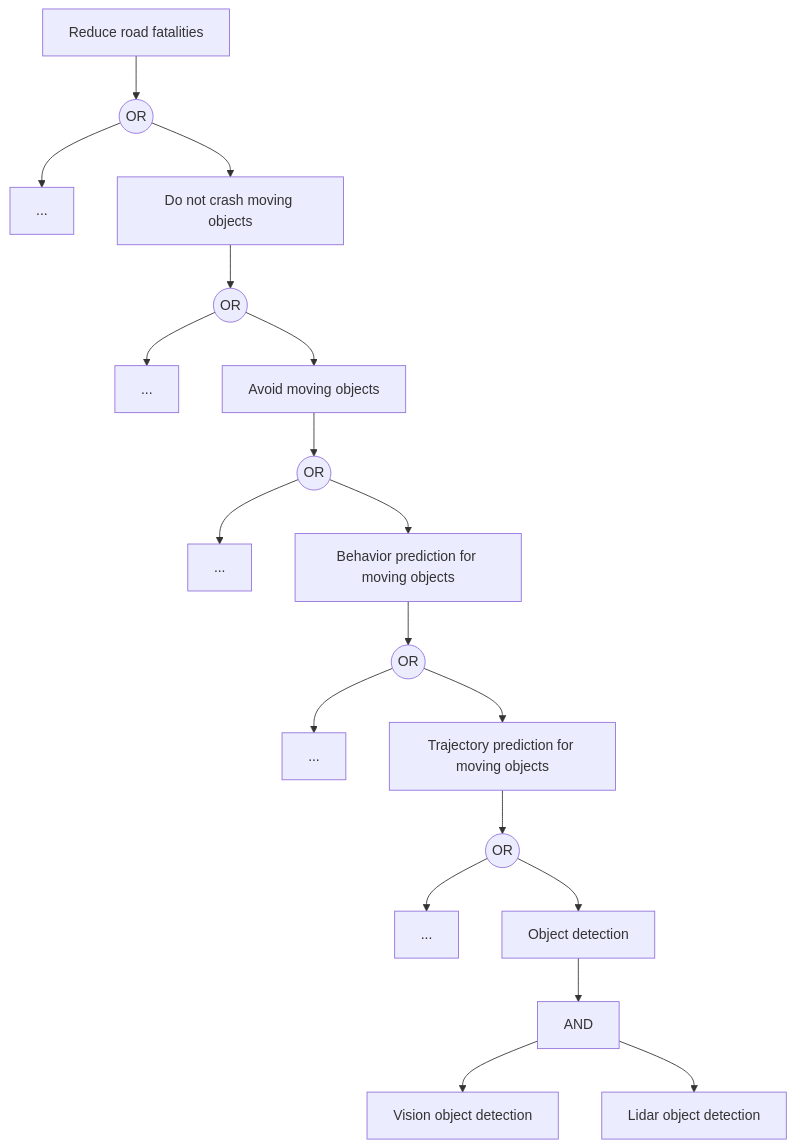
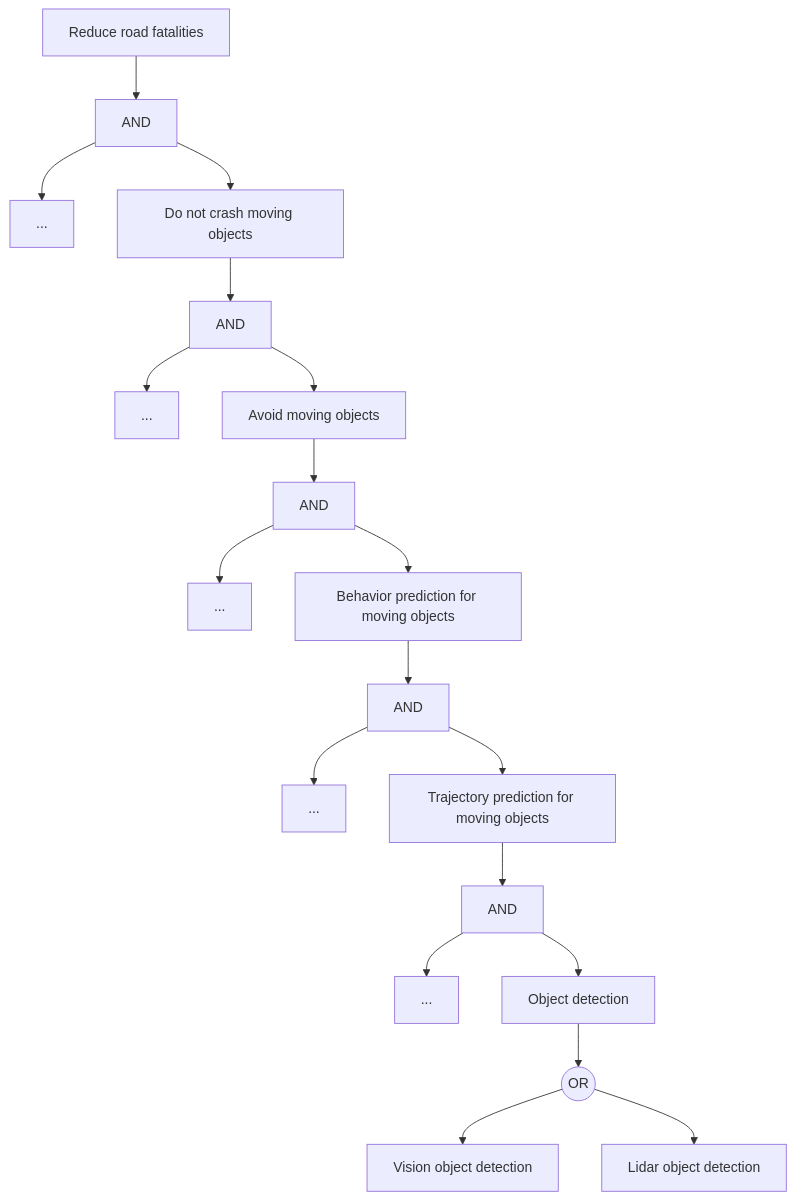
The diagram in ml_system_design_doc.md (shandrayu/ml-ops-ucu), drawn with Mermaid before and after one commit. The commit also changed other lines of this file and 3 other files, not shown here.

````diff
--- a/ml_system_design_doc.md
+++ b/ml_system_design_doc.md
@@ -136,16 +133,16 @@
 ```mermaid
 graph TD
     A[Reduce road fatalities]
-    A --> B((OR)) --> B1[...]
+    A --> B[AND] --> B1[...]
     B --> C[Do not crash moving objects]
-    C --> D((OR)) --> D1[...]
+    C --> D[AND] --> D1[...]
     D --> E[Avoid moving objects]
-    E --> F((OR)) --> F1[...]
+    E --> F[AND] --> F1[...]
     F --> G[Behavior prediction for moving objects]
-    G --> H((OR)) --> H1[...]
+    G --> H[AND] --> H1[...]
     H --> I[Trajectory prediction for moving objects]
-    I --> J((OR)) --> J1[...]
+    I --> J[AND] --> J1[...]
     J --> K[Object detection]
-    K --> L[AND] --> L1[Vision object detection]
+    K --> L((OR)) --> L1[Vision object detection]
     L --> L2[Lidar object detection]
 ```
````
